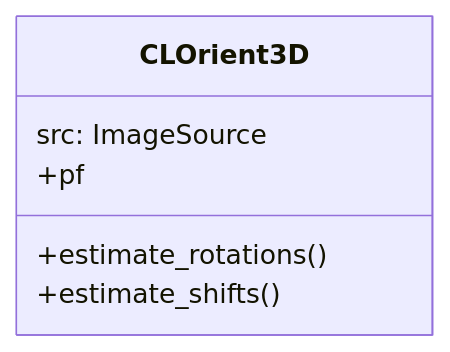
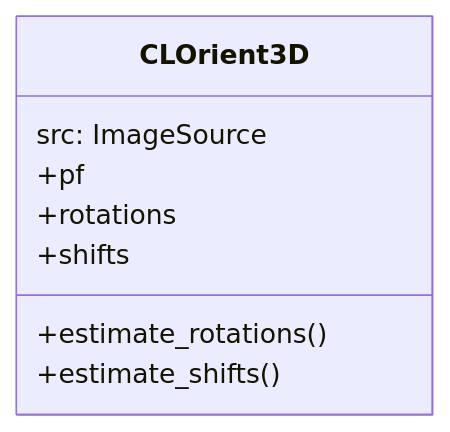
The first of 3 diagrams in docs/source/orientation_estimation.rst (ComputationalCryoEM/ASPIRE-Python), drawn with Mermaid before and after one commit. The commit also changed other lines of this file, not shown here.

Commit message:
add rotations/shifts attributes to diagram

```diff
--- a/docs/source/orientation_estimation.rst
+++ b/docs/source/orientation_estimation.rst
@@ -83,9 +83,11 @@
 .. mermaid::
 
    classDiagram
        class CLOrient3D{
            src: ImageSource
 	   +estimate_rotations()
 	   +estimate_shifts()
 	   +pf
+	   +rotations
+	   +shifts
        }
```
